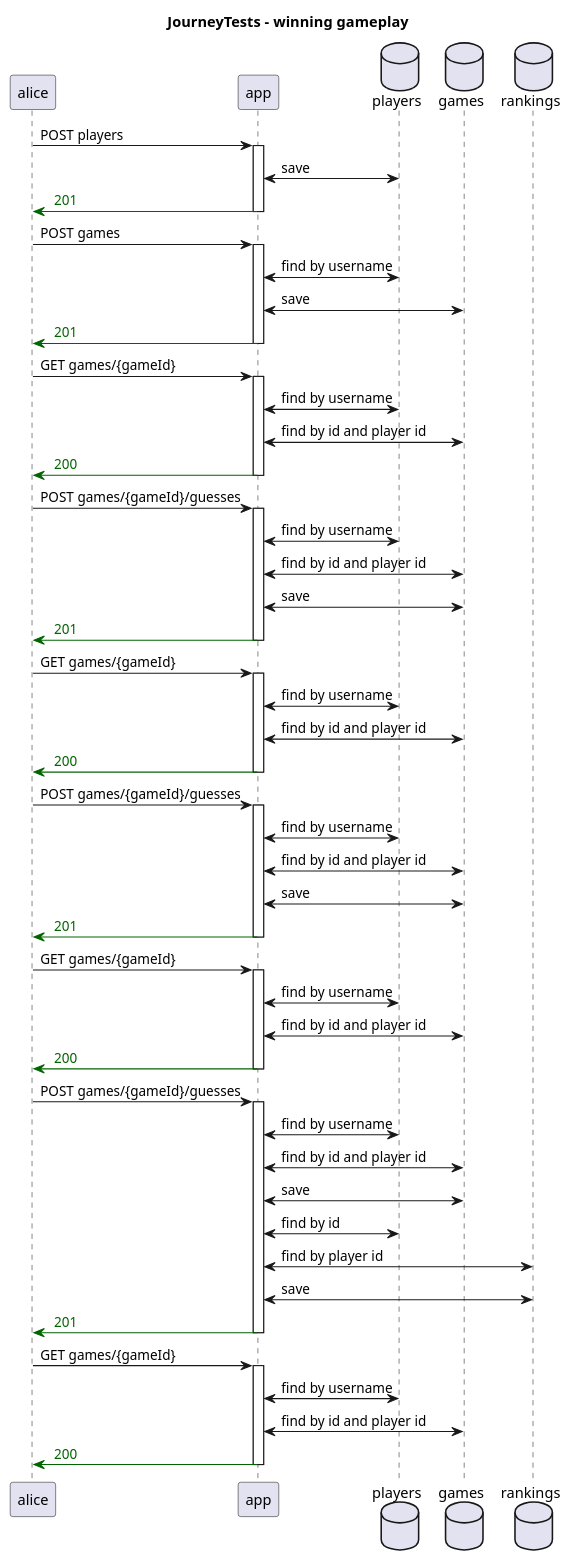
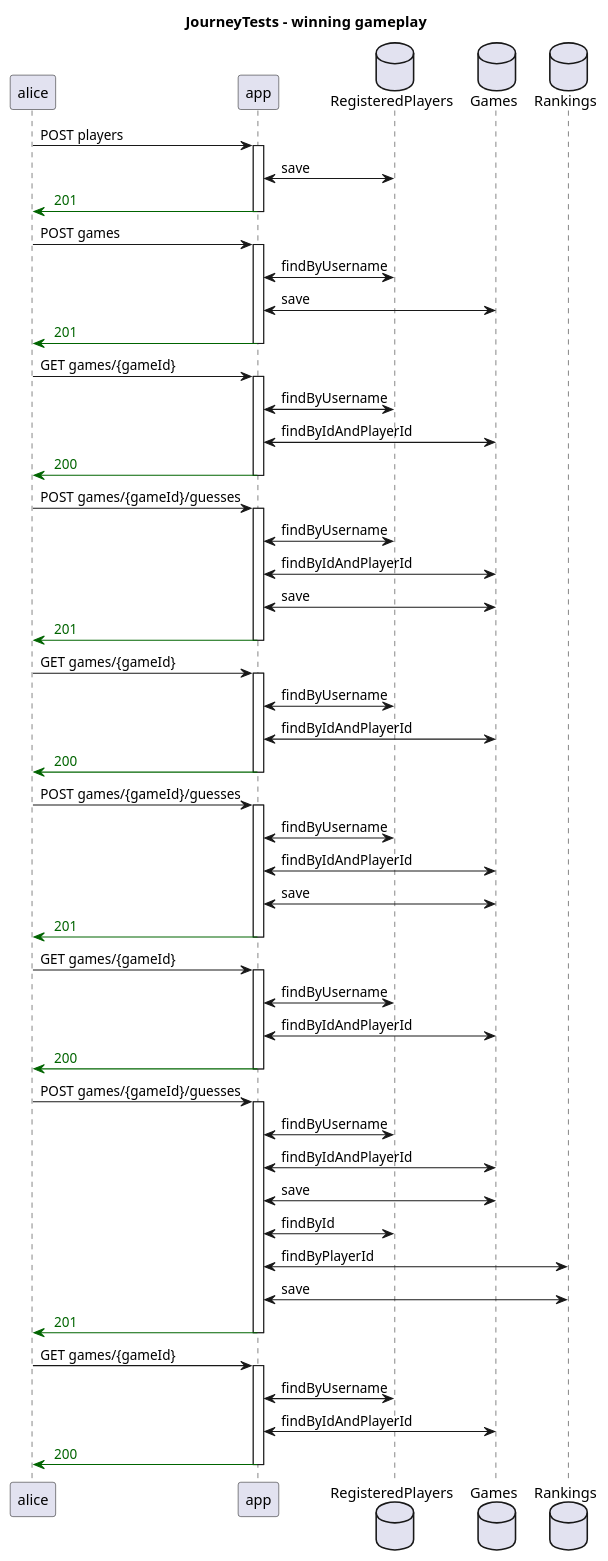
Before and after one commit to th3n3rd/http4k-playground: the diagram in docs/system/generated/JourneyTests - winning gameplay - Sequence.puml, drawn with PlantUML. The commit also changed 15 other files, not shown here.

```diff
--- a/docs/system/generated/JourneyTests - winning gameplay - Sequence.puml
+++ b/docs/system/generated/JourneyTests - winning gameplay - Sequence.puml
@@ -1,67 +1,67 @@
 @startuml
 title JourneyTests - winning gameplay
 participant "alice"
 participant "app"
-database "players"
-database "games"
-database "rankings"
+database "RegisteredPlayers"
+database "Games"
+database "Rankings"
 "alice" -> "app": POST players
 activate "app"
-"app" <-> "players": save
+"app" <-> "RegisteredPlayers": save
 "app" -[#DarkGreen]> "alice": <color:DarkGreen> 201 
 deactivate "app"
 "alice" -> "app": POST games
 activate "app"
-"app" <-> "players": find by username
-"app" <-> "games": save
+"app" <-> "RegisteredPlayers": findByUsername
+"app" <-> "Games": save
 "app" -[#DarkGreen]> "alice": <color:DarkGreen> 201 
 deactivate "app"
 "alice" -> "app": GET games/{gameId}
 activate "app"
-"app" <-> "players": find by username
-"app" <-> "games": find by id and player id
+"app" <-> "RegisteredPlayers": findByUsername
+"app" <-> "Games": findByIdAndPlayerId
 "app" -[#DarkGreen]> "alice": <color:DarkGreen> 200 
 deactivate "app"
 "alice" -> "app": POST games/{gameId}/guesses
 activate "app"
-"app" <-> "players": find by username
-"app" <-> "games": find by id and player id
-"app" <-> "games": save
+"app" <-> "RegisteredPlayers": findByUsername
+"app" <-> "Games": findByIdAndPlayerId
+"app" <-> "Games": save
 "app" -[#DarkGreen]> "alice": <color:DarkGreen> 201 
 deactivate "app"
 "alice" -> "app": GET games/{gameId}
 activate "app"
-"app" <-> "players": find by username
-"app" <-> "games": find by id and player id
+"app" <-> "RegisteredPlayers": findByUsername
+"app" <-> "Games": findByIdAndPlayerId
 "app" -[#DarkGreen]> "alice": <color:DarkGreen> 200 
 deactivate "app"
 "alice" -> "app": POST games/{gameId}/guesses
 activate "app"
-"app" <-> "players": find by username
-"app" <-> "games": find by id and player id
-"app" <-> "games": save
+"app" <-> "RegisteredPlayers": findByUsername
+"app" <-> "Games": findByIdAndPlayerId
+"app" <-> "Games": save
 "app" -[#DarkGreen]> "alice": <color:DarkGreen> 201 
 deactivate "app"
 "alice" -> "app": GET games/{gameId}
 activate "app"
-"app" <-> "players": find by username
-"app" <-> "games": find by id and player id
+"app" <-> "RegisteredPlayers": findByUsername
+"app" <-> "Games": findByIdAndPlayerId
 "app" -[#DarkGreen]> "alice": <color:DarkGreen> 200 
 deactivate "app"
 "alice" -> "app": POST games/{gameId}/guesses
 activate "app"
-"app" <-> "players": find by username
-"app" <-> "games": find by id and player id
-"app" <-> "games": save
-"app" <-> "players": find by id
-"app" <-> "rankings": find by player id
-"app" <-> "rankings": save
+"app" <-> "RegisteredPlayers": findByUsername
+"app" <-> "Games": findByIdAndPlayerId
+"app" <-> "Games": save
+"app" <-> "RegisteredPlayers": findById
+"app" <-> "Rankings": findByPlayerId
+"app" <-> "Rankings": save
 "app" -[#DarkGreen]> "alice": <color:DarkGreen> 201 
 deactivate "app"
 "alice" -> "app": GET games/{gameId}
 activate "app"
-"app" <-> "players": find by username
-"app" <-> "games": find by id and player id
+"app" <-> "RegisteredPlayers": findByUsername
+"app" <-> "Games": findByIdAndPlayerId
 "app" -[#DarkGreen]> "alice": <color:DarkGreen> 200 
 deactivate "app"
 @enduml
```
